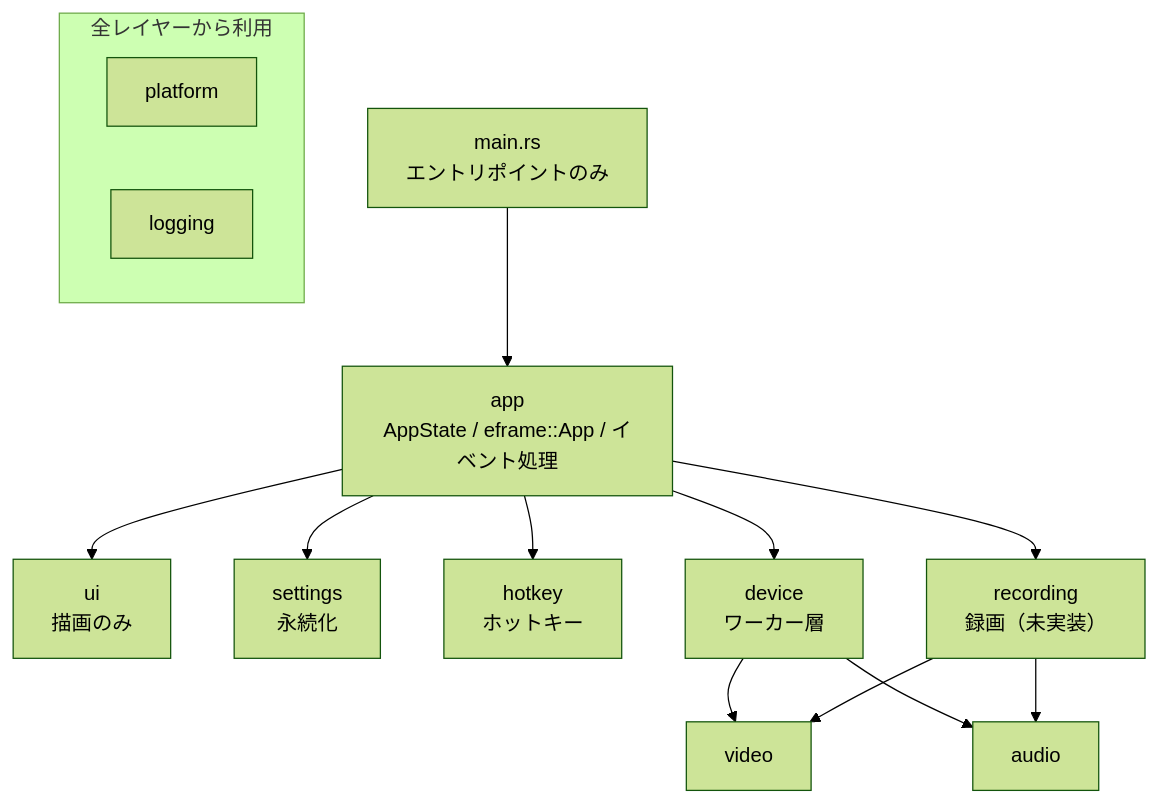
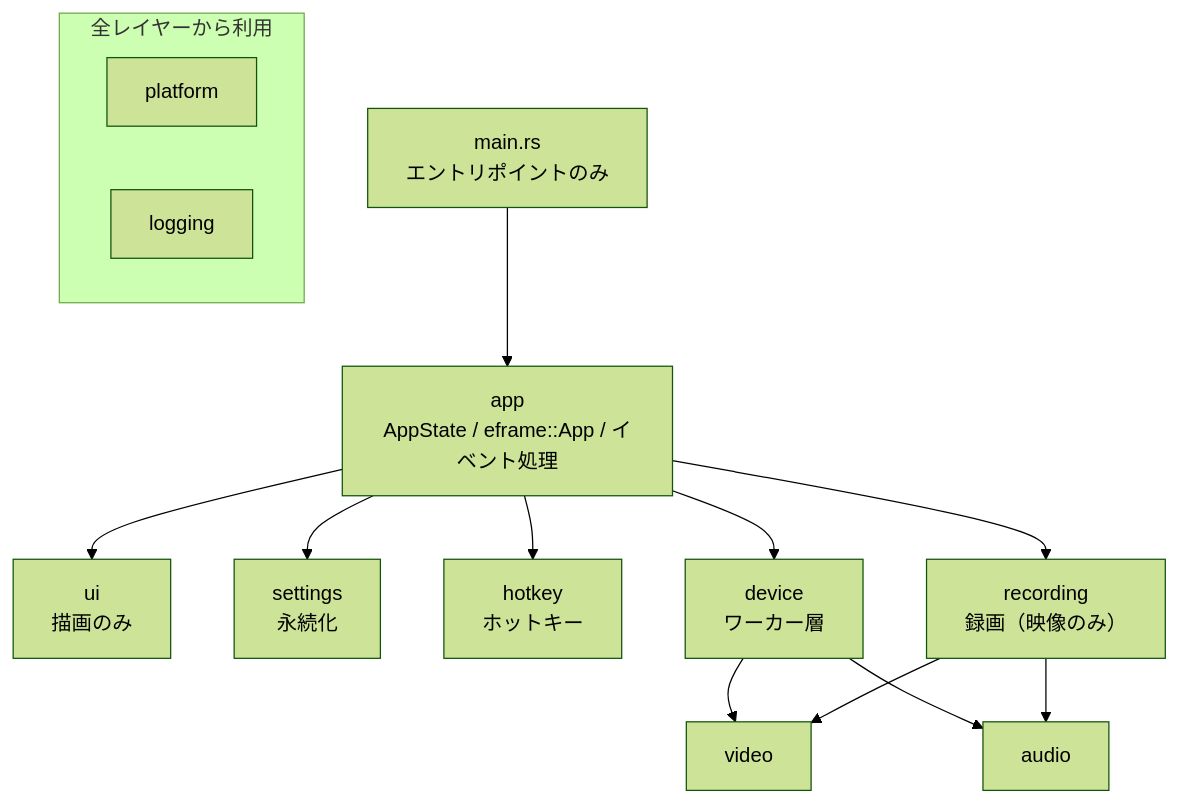
One commit to Mui-MuiMui/Capturecard_Viewer changed the first of 4 diagrams in docs/ARCHITECTURE.md. Above: the diagram before and after it, drawn with Mermaid (forest theme). The commit also changed other lines of this file and 13 other files, not shown here.

````diff
--- a/docs/ARCHITECTURE.md
+++ b/docs/ARCHITECTURE.md
@@ -22,30 +22,30 @@
 ```mermaid
 flowchart TD
     main["main.rs<br/>エントリポイントのみ"]
     app["app<br/>AppState / eframe::App / イベント処理"]
     ui["ui<br/>描画のみ"]
     settings["settings<br/>永続化"]
     hotkey["hotkey<br/>ホットキー"]
     device["device<br/>ワーカー層"]
-    recording["recording<br/>録画（未実装）"]
+    recording["recording<br/>録画（映像のみ）"]
     video["video"]
     audio["audio"]
     platform["platform"]
     logging["logging"]
 
     main --> app
     app --> ui
     app --> settings
     app --> hotkey
     app --> device
     device --> video
     device --> audio
     app --> recording
     recording --> video
     recording --> audio
 
     subgraph shared ["全レイヤーから利用"]
         platform
         logging
     end
 ```
````
